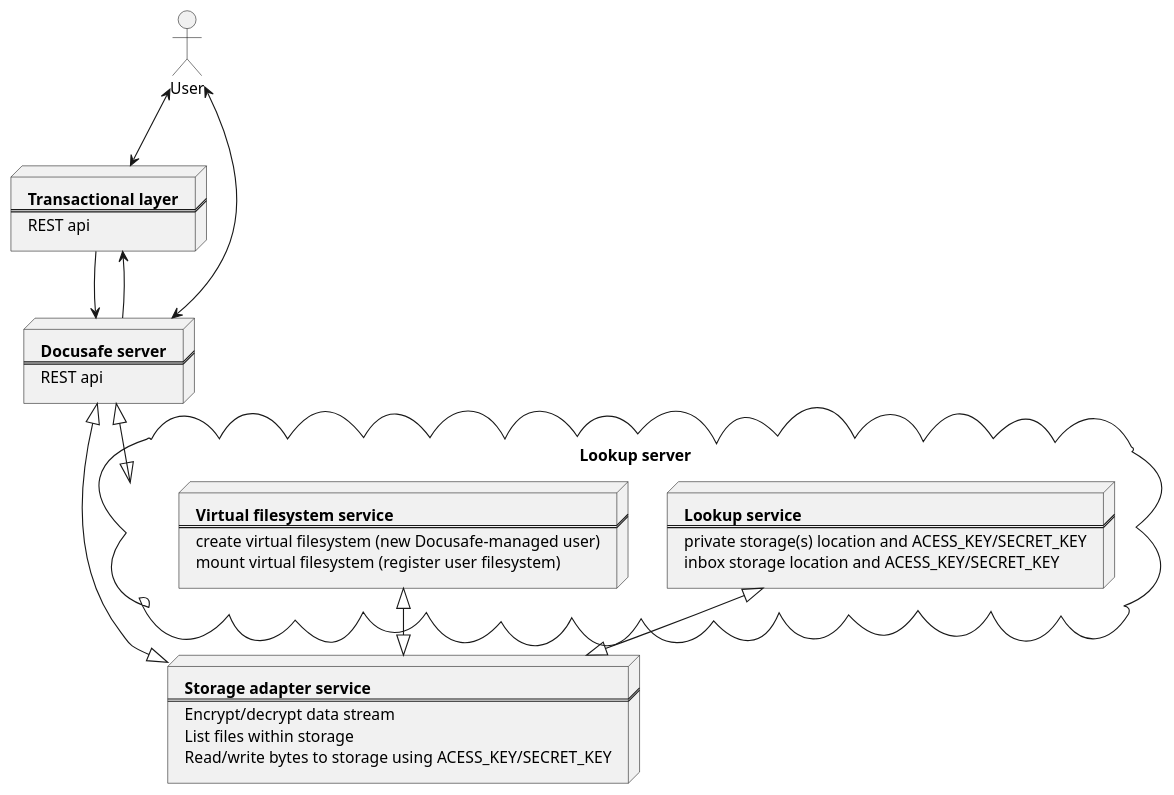
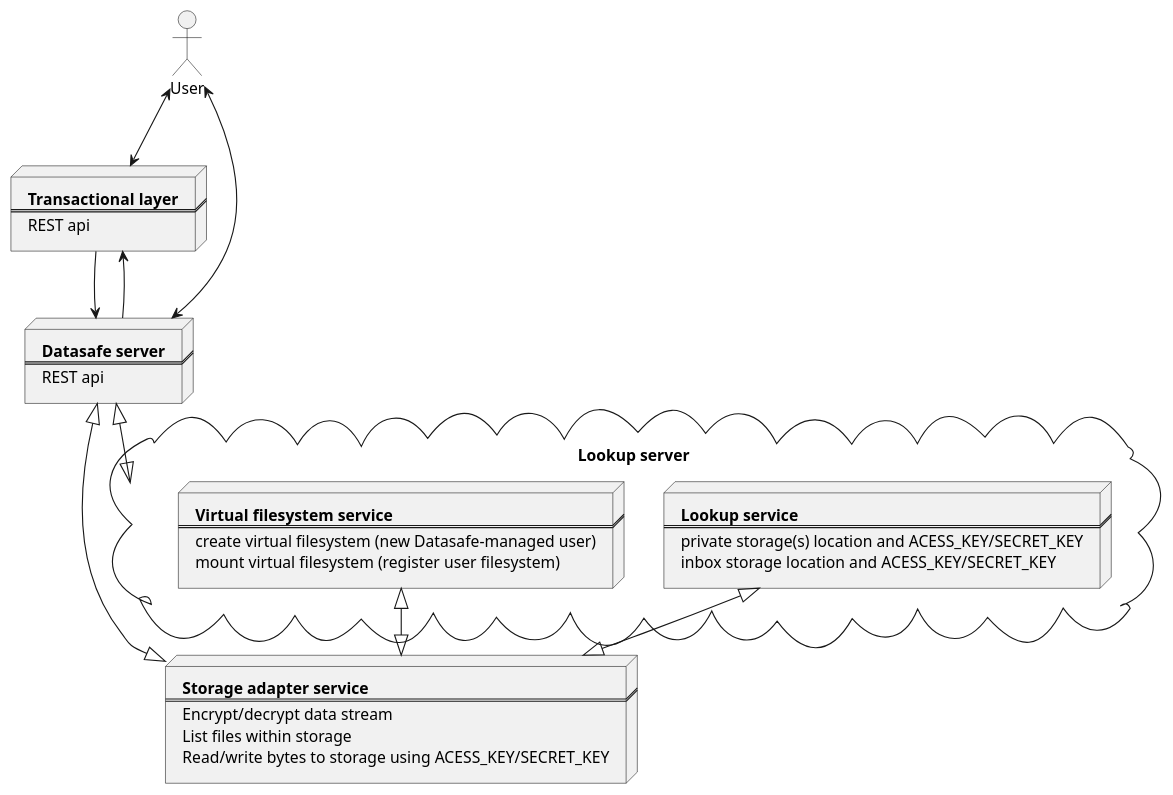
Before and after one commit to adorsys/datasafe: the diagram in docs/diagrams/top_level.puml, drawn with PlantUML. The commit also changed 59 other files, not shown here.

```diff
--- a/docs/diagrams/top_level.puml
+++ b/docs/diagrams/top_level.puml
@@ -1,49 +1,49 @@
 @startuml
 
 actor User
 
 node ts [
   **Transactional layer**
   ===
   REST api
 ]
 
 node ds [
-  **Docusafe server**
+  **Datasafe server**
   ===
   REST api
 ]
 
 cloud "Lookup server" as LS {
   node ls [
     **Lookup service**
     ===
     private storage(s) location and ACESS_KEY/SECRET_KEY
     inbox storage location and ACESS_KEY/SECRET_KEY
   ]
   node vfs [
     **Virtual filesystem service**
     ===
-    create virtual filesystem (new Docusafe-managed user)
+    create virtual filesystem (new Datasafe-managed user)
     mount virtual filesystem (register user filesystem)
   ]
 }
 
 node sas [
   **Storage adapter service**
   ===
   Encrypt/decrypt data stream
   List files within storage
   Read/write bytes to storage using ACESS_KEY/SECRET_KEY
 ]
 
 User <-down-> ts
 User <-down-> ds
 
 ts -down-> ds
 ds -down-> ts
 ds <|-down-|> LS
 ds <|--|> sas
 ls <|--|> sas
 vfs <|--|> sas
 @enduml
```
